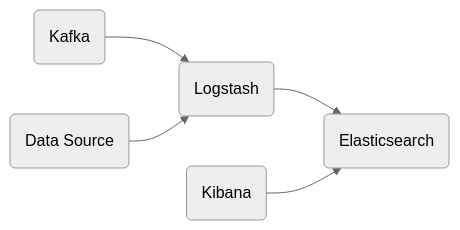
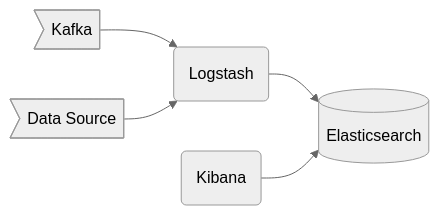
The diagram in _footfantasy/project_tools.md (floriankdrone/floriankdrone.github.io), drawn with Mermaid (neutral theme) before and after one commit. The commit also changed 1 other file, not shown here.

Commit message:
update the graph

```diff
--- a/_footfantasy/project_tools.md
+++ b/_footfantasy/project_tools.md
@@ -17,7 +17,7 @@
 <div class="mermaid">
 graph LR
-    kafka(Kafka) --> logstash(Logstash)
-    data_source(Data Source) --> logstash
-    logstash --> elasticsearch(Elasticsearch)
+    kafka>Kafka] --> logstash(Logstash)
+    data_source>Data Source] --> logstash
+    logstash --> elasticsearch[(Elasticsearch)]
     kibana(Kibana) --> elasticsearch
 </div>
```
